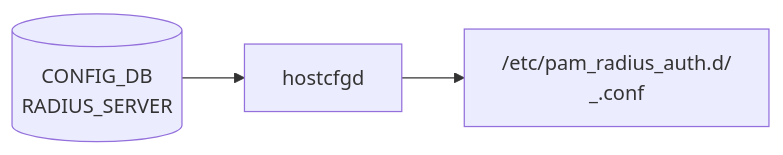
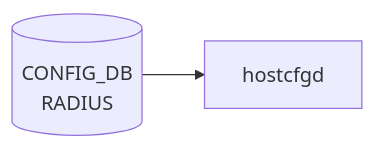
The diagram in docs/reference/config-db/radius-server.md (aoki-taquan/sonic-unofficial-docs), drawn with Mermaid before and after one commit. The commit also changed other lines of this file and 359 other files, not shown here.

````diff
--- a/docs/reference/config-db/radius-server.md
+++ b/docs/reference/config-db/radius-server.md
@@ -38,7 +38,6 @@
 ```mermaid
 flowchart LR
-  CDB[("CONFIG_DB<br/>RADIUS_SERVER")]
+  CDB[("CONFIG_DB<br/>RADIUS")]
   DM["hostcfgd"]
-  PAM["/etc/pam_radius_auth.d/<br/><ip>_<port>.conf"]
-  CDB --> DM --> PAM
+  CDB --> DM
 ```
````
